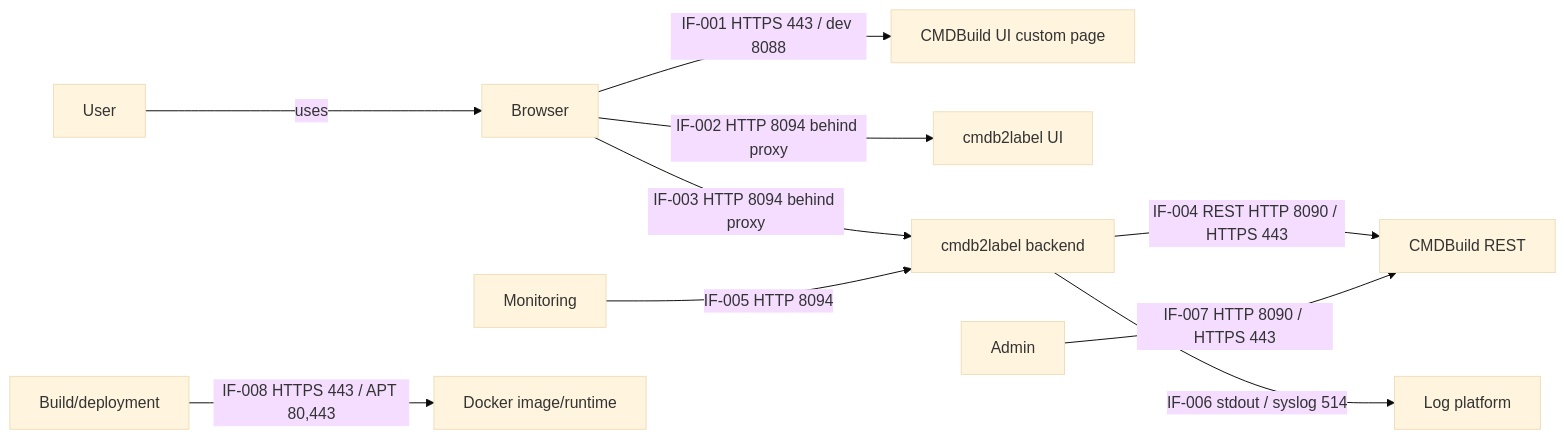
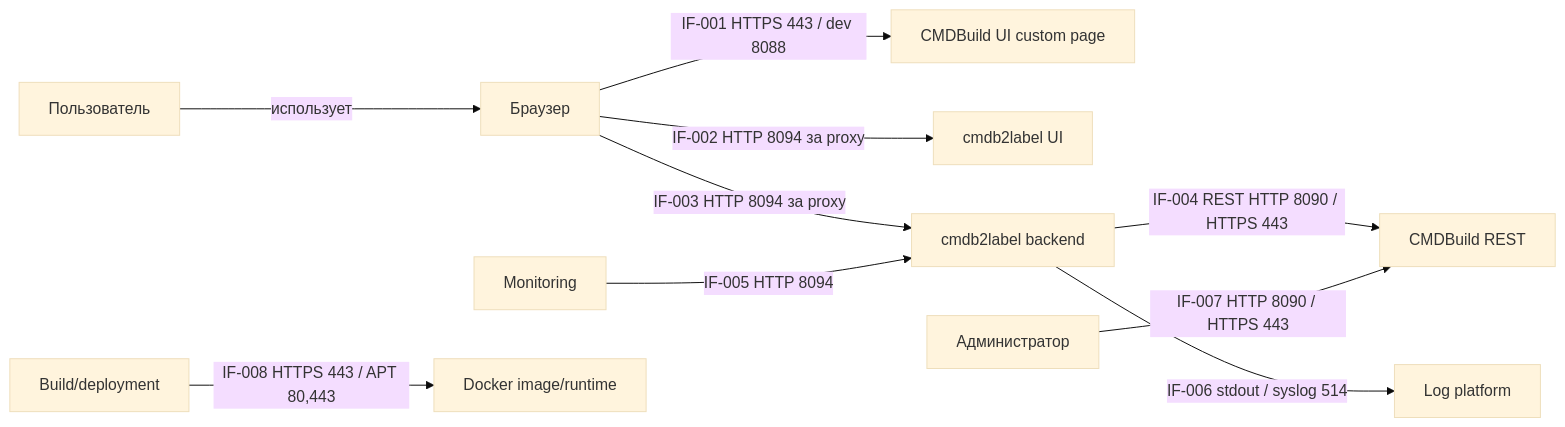
Before and after one commit to igorlyapin-max/cmdb2label: the diagram in aa/information-model.md, drawn with Mermaid (base theme). The commit also changed other lines of this file and 11 other files, not shown here.

Commit message:
docs(architecture): translate aa artifacts to russian

````diff
--- a/aa/information-model.md
+++ b/aa/information-model.md
@@ -41,12 +41,12 @@
 ```mermaid
 flowchart LR
-  User[User] -->|uses| Browser[Browser]
+  User[Пользователь] -->|использует| Browser[Браузер]
   Browser -->|IF-001 HTTPS 443 / dev 8088| CMDBUI[CMDBuild UI custom page]
-  Browser -->|IF-002 HTTP 8094 behind proxy| UI[cmdb2label UI]
-  Browser -->|IF-003 HTTP 8094 behind proxy| Backend[cmdb2label backend]
+  Browser -->|IF-002 HTTP 8094 за proxy| UI[cmdb2label UI]
+  Browser -->|IF-003 HTTP 8094 за proxy| Backend[cmdb2label backend]
   Backend -->|IF-004 REST HTTP 8090 / HTTPS 443| CMDB[CMDBuild REST]
   Monitoring[Monitoring] -->|IF-005 HTTP 8094| Backend
   Backend -->|IF-006 stdout / syslog 514| Logs[Log platform]
-  Admin[Admin] -->|IF-007 HTTP 8090 / HTTPS 443| CMDB
+  Admin[Администратор] -->|IF-007 HTTP 8090 / HTTPS 443| CMDB
   Builder[Build/deployment] -->|IF-008 HTTPS 443 / APT 80,443| Image[Docker image/runtime]
 ```
````
